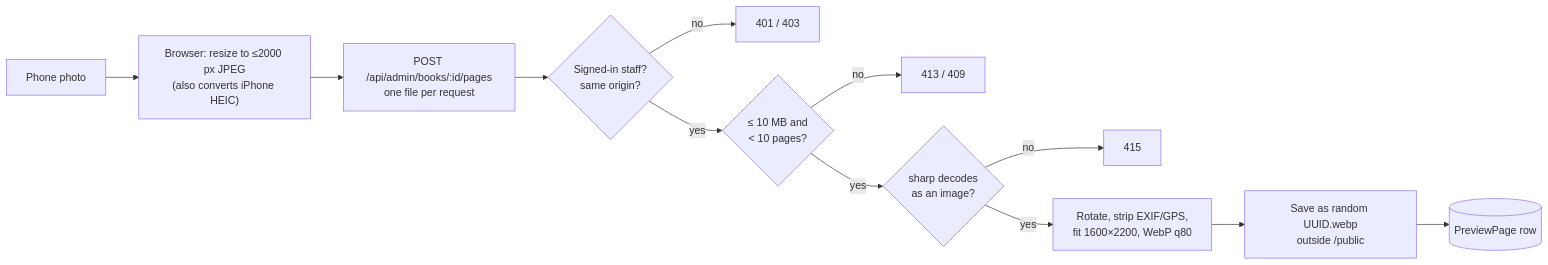
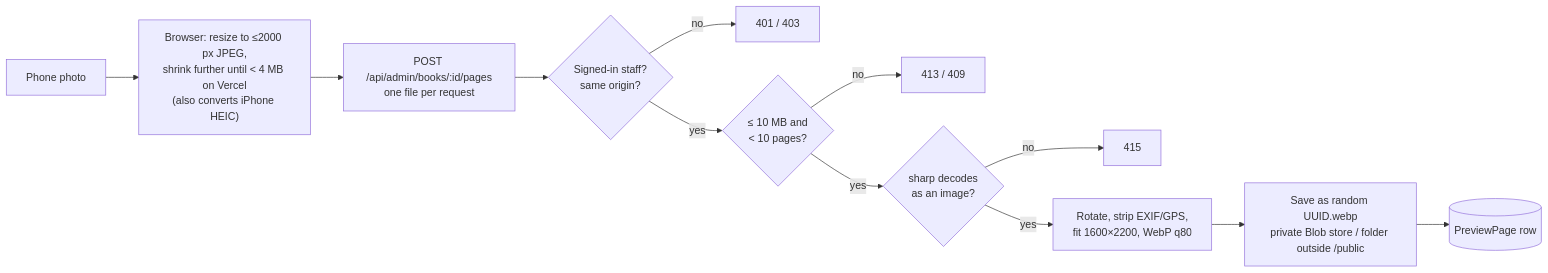
The fifth of 5 diagrams in REPORT.md (SUDARSUN-24/siam-library), drawn with Mermaid before and after one commit. The commit also changed other lines of this file and 20 other files, not shown here.

First line of the commit message:
Phase 7: deploy on Vercel (Neon Postgres, private Vercel Blob photos, DB-backed login rate limit)

````diff
--- a/REPORT.md
+++ b/REPORT.md
@@ -182,14 +188,14 @@
 ```mermaid
 flowchart LR
-  P[Phone photo] --> R["Browser: resize to ≤2000 px JPEG<br/>(also converts iPhone HEIC)"]
+  P[Phone photo] --> R["Browser: resize to ≤2000 px JPEG,<br/>shrink further until &lt; 4 MB on Vercel<br/>(also converts iPhone HEIC)"]
   R --> A["POST /api/admin/books/:id/pages<br/>one file per request"]
   A --> C1{Signed-in staff?<br/>same origin?}
   C1 -- no --> X1[401 / 403]
   C1 -- yes --> C2{≤ 10 MB and<br/>&lt; 10 pages?}
   C2 -- no --> X2[413 / 409]
   C2 -- yes --> C3{sharp decodes<br/>as an image?}
   C3 -- no --> X3[415]
   C3 -- yes --> W["Rotate, strip EXIF/GPS,<br/>fit 1600×2200, WebP q80"]
-  W --> F["Save as random UUID.webp<br/>outside /public"]
+  W --> F["Save as random UUID.webp<br/>private Blob store / folder outside /public"]
   F --> DB[(PreviewPage row)]
 ```
````
